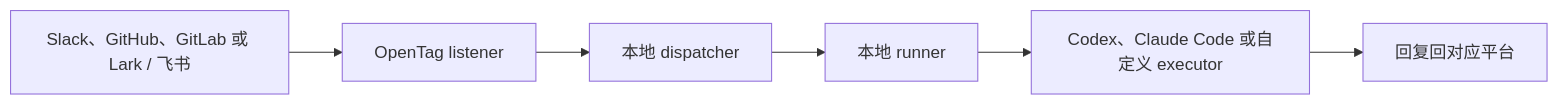
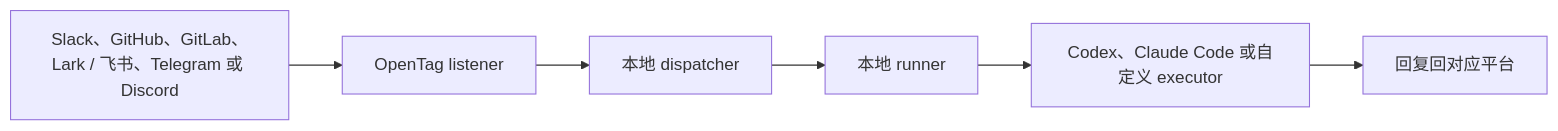
The diagram in README.zh-CN.md (amplifthq/opentag), drawn with Mermaid before and after one commit. The commit also changed other lines of this file and 57 other files, not shown here.

````diff
--- a/README.zh-CN.md
+++ b/README.zh-CN.md
@@ -210,8 +210,8 @@
 ```mermaid
 flowchart LR
-    A["Slack、GitHub、GitLab 或 Lark / 飞书"] --> B["OpenTag listener"]
+    A["Slack、GitHub、GitLab、Lark / 飞书、Telegram 或 Discord"] --> B["OpenTag listener"]
     B --> C["本地 dispatcher"]
     C --> D["本地 runner"]
     D --> E["Codex、Claude Code 或自定义 executor"]
     E --> F["回复回对应平台"]
 ```
````
